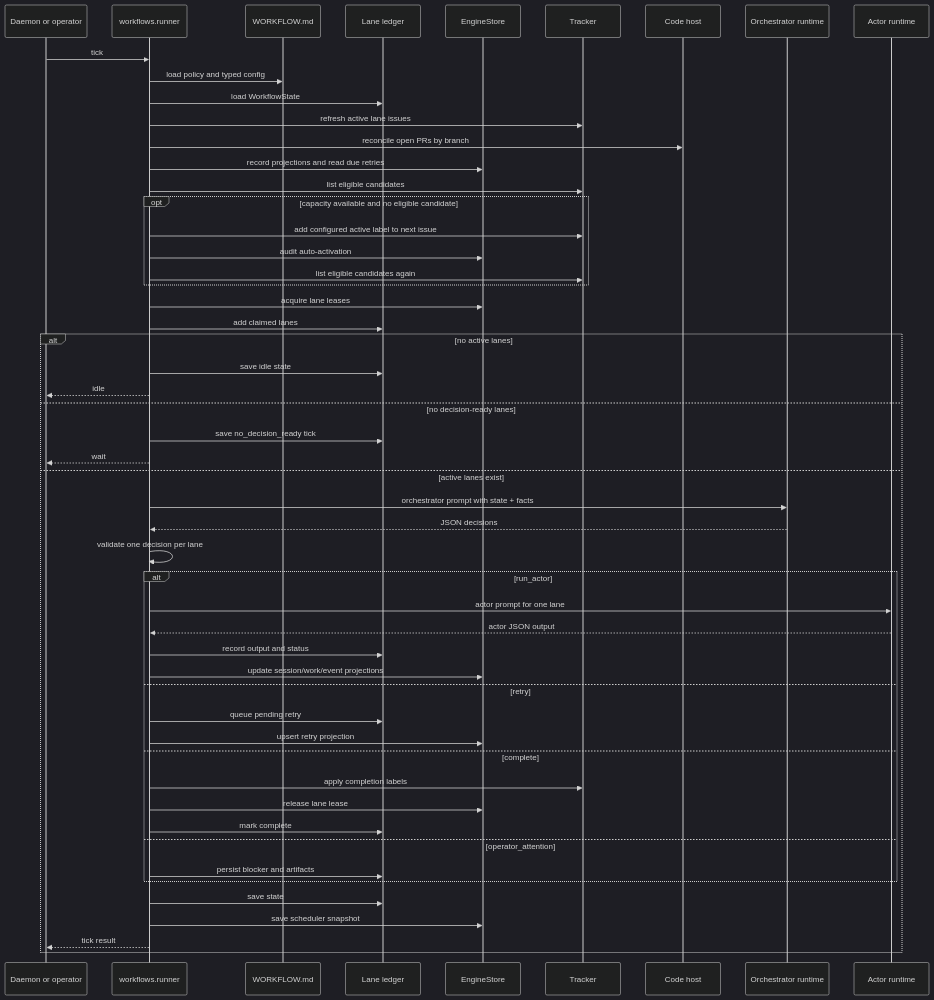
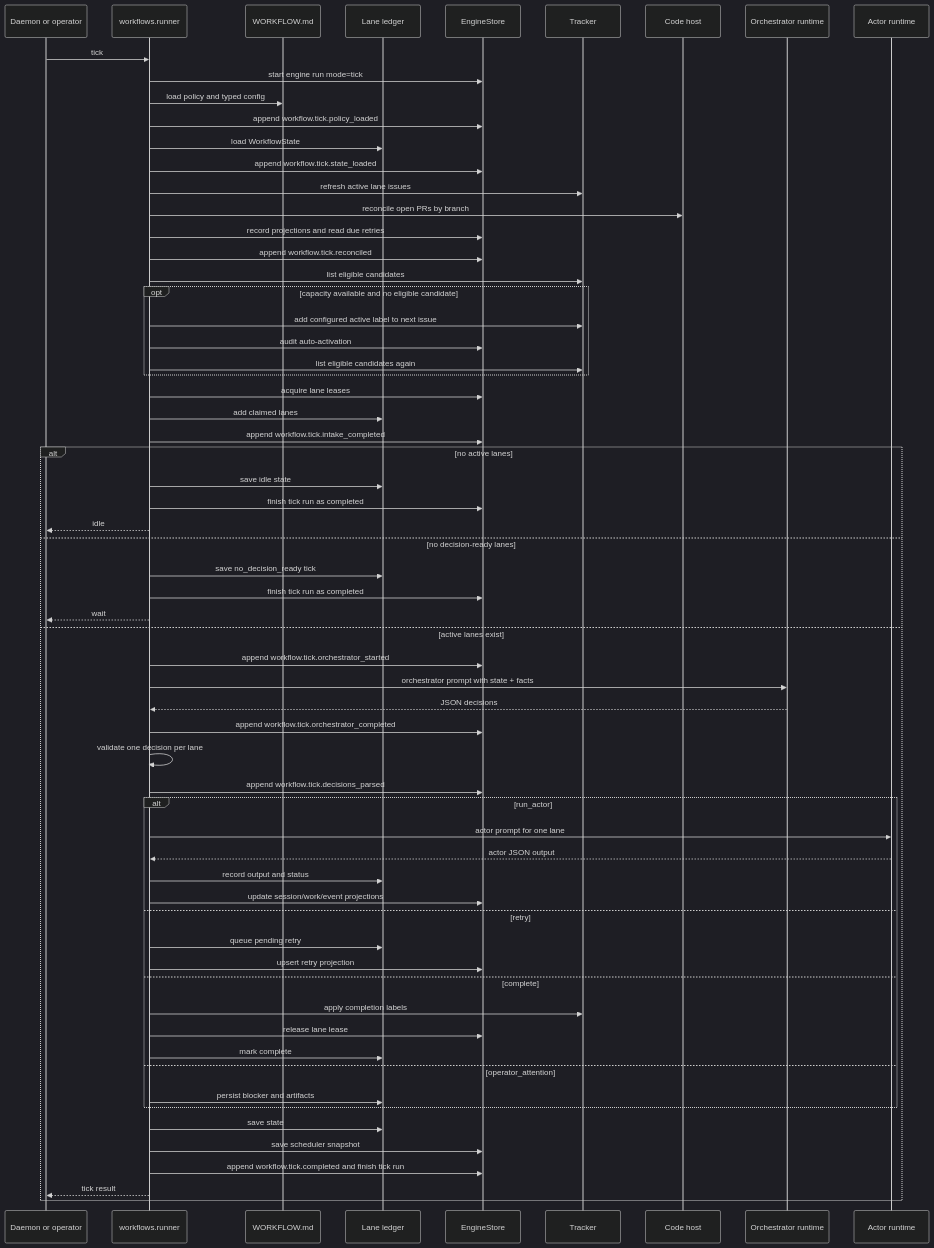
The third of 8 diagrams in docs/architecture.md (attmous/sprints), drawn with Mermaid (dark theme) before and after one commit. The commit also changed other lines of this file and 39 other files, not shown here.

````diff
--- a/docs/architecture.md
+++ b/docs/architecture.md
@@ -267,56 +268,67 @@
 ```mermaid
 sequenceDiagram
     participant D as Daemon or operator
     participant R as workflows.runner
     participant C as WORKFLOW.md
     participant L as Lane ledger
     participant E as EngineStore
     participant T as Tracker
     participant H as Code host
     participant O as Orchestrator runtime
     participant A as Actor runtime
 
     D->>R: tick
+    R->>E: start engine run mode=tick
     R->>C: load policy and typed config
+    R->>E: append workflow.tick.policy_loaded
     R->>L: load WorkflowState
+    R->>E: append workflow.tick.state_loaded
     R->>T: refresh active lane issues
     R->>H: reconcile open PRs by branch
     R->>E: record projections and read due retries
+    R->>E: append workflow.tick.reconciled
     R->>T: list eligible candidates
     opt capacity available and no eligible candidate
         R->>T: add configured active label to next issue
         R->>E: audit auto-activation
         R->>T: list eligible candidates again
     end
     R->>E: acquire lane leases
     R->>L: add claimed lanes
+    R->>E: append workflow.tick.intake_completed
     alt no active lanes
         R->>L: save idle state
+        R->>E: finish tick run as completed
         R-->>D: idle
     else no decision-ready lanes
         R->>L: save no_decision_ready tick
+        R->>E: finish tick run as completed
         R-->>D: wait
     else active lanes exist
+        R->>E: append workflow.tick.orchestrator_started
         R->>O: orchestrator prompt with state + facts
         O-->>R: JSON decisions
+        R->>E: append workflow.tick.orchestrator_completed
         R->>R: validate one decision per lane
+        R->>E: append workflow.tick.decisions_parsed
         alt run_actor
             R->>A: actor prompt for one lane
             A-->>R: actor JSON output
             R->>L: record output and status
             R->>E: update session/work/event projections
         else retry
             R->>L: queue pending retry
             R->>E: upsert retry projection
         else complete
             R->>T: apply completion labels
             R->>E: release lane lease
             R->>L: mark complete
         else operator_attention
             R->>L: persist blocker and artifacts
         end
         R->>L: save state
         R->>E: save scheduler snapshot
+        R->>E: append workflow.tick.completed and finish tick run
         R-->>D: tick result
     end
 ```
````
